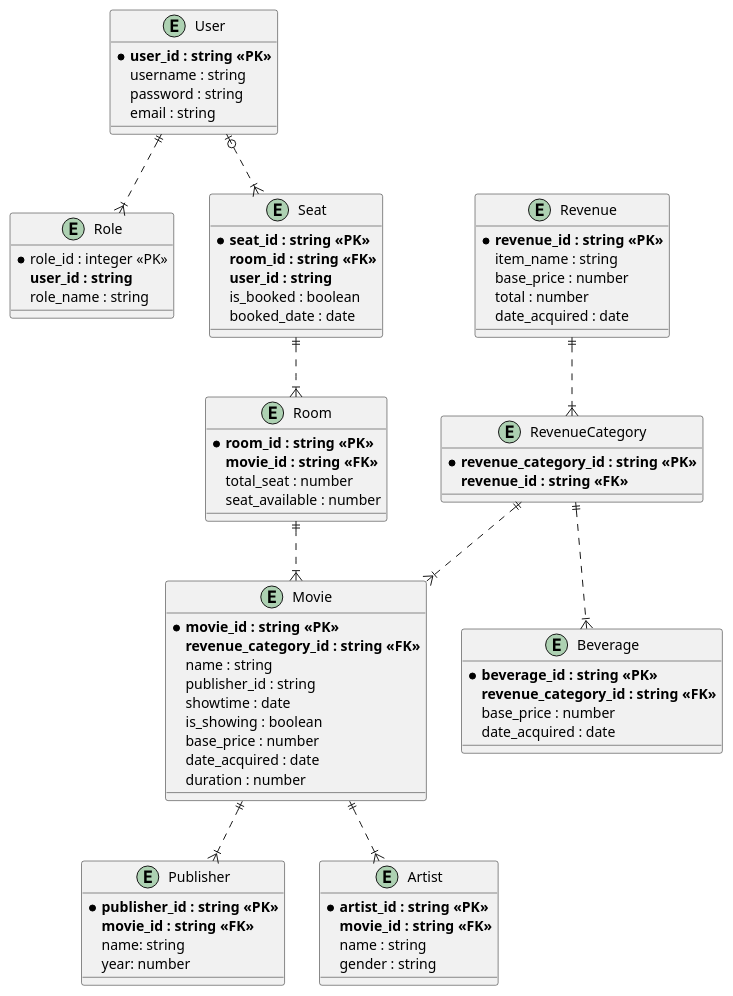
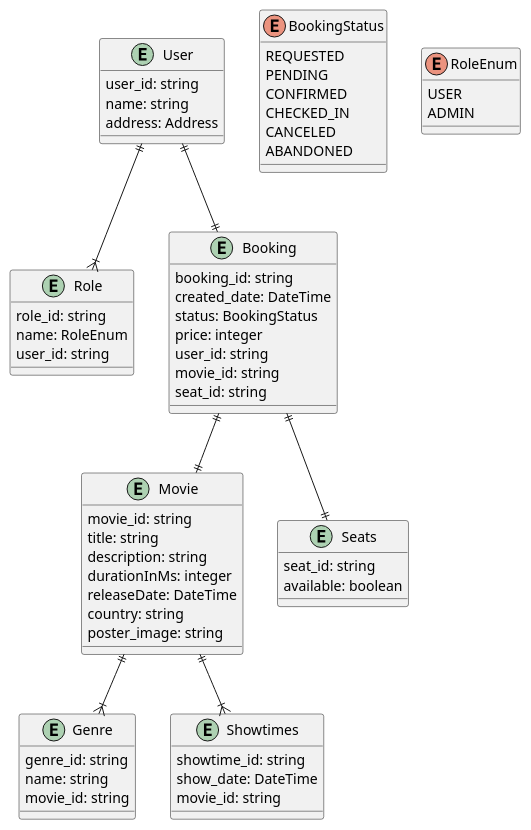
Before and after one commit to putra4648/movie-rsvp-ticket: the diagram in diagram.wsd, drawn with PlantUML. The commit also changed 2 other files, not shown here.

Commit message:
docs: update diagram flow

```diff
--- a/diagram.wsd
+++ b/diagram.wsd
@@ -1,87 +1,73 @@
 @startuml Movie_Reservation_System
-entity "User" {
-    * **user_id : string <<PK>>**
-    username : string
-    password : string
-    email : string
+entity User {
+    user_id: string
+    name: string
+    address: Address
 }
 
-entity "Role" {
-    * role_id : integer <<PK>>
-    **user_id : string**
-    role_name : string
-}
-
-entity "Revenue" {
-    * **revenue_id : string <<PK>>**
-    item_name : string
-    base_price : number
-    total : number
-    date_acquired : date
-}
-
-entity RevenueCategory {
-    * **revenue_category_id : string <<PK>>**
-    **revenue_id : string <<FK>>**
+entity Role {
+    role_id: string 
+    name: RoleEnum
+    user_id: string
 }
 
 entity Movie {
-    * **movie_id : string <<PK>>**
-    **revenue_category_id : string <<FK>>**
-    name : string
-    publisher_id : string 
-    showtime : date
-    is_showing : boolean
-    base_price : number
-    date_acquired : date
-    duration : number
+    movie_id: string
+    title: string
+    description: string
+    durationInMs: integer
+    releaseDate: DateTime
+    country: string
+    poster_image: string
 }
 
-entity Publisher {
-    * **publisher_id : string <<PK>>**
-    **movie_id : string <<FK>>**
+
+entity Genre {
+    genre_id: string
     name: string
-    year: number
+    movie_id: string
 }
 
-entity Artist {
-    * **artist_id : string <<PK>>**
-    **movie_id : string <<FK>>**
-    name : string
-    gender : string
+entity Booking {
+    booking_id: string
+    created_date: DateTime
+    status: BookingStatus
+    price: integer
+    user_id: string
+    movie_id: string
+    seat_id: string
 }
 
-entity Beverage {
-    * **beverage_id : string <<PK>>**
-    **revenue_category_id : string <<FK>>**
-    base_price : number
-    date_acquired : date
+entity Seats {
+    seat_id: string
+    available: boolean
 }
 
-entity Room {
-    * **room_id : string <<PK>>**
-    **movie_id : string <<FK>>**
-    total_seat : number
-    seat_available : number
+entity Showtimes {
+    showtime_id: string
+    show_date: DateTime
+    movie_id: string
 }
 
-entity Seat {
-    * **seat_id : string <<PK>>**
-    **room_id : string <<FK>>**
-    **user_id : string**
-    is_booked : boolean
-    booked_date : date
+enum BookingStatus {
+    REQUESTED
+    PENDING
+    CONFIRMED
+    CHECKED_IN
+    CANCELED
+    ABANDONED
+}
+enum RoleEnum {
+    USER
+    ADMIN
 }
 
-' ERD Relationship
-User ||..|{ Role
-Revenue ||..|{ RevenueCategory
-RevenueCategory ||..|{ Movie
-RevenueCategory ||..|{ Beverage
-Room ||..|{ Movie
-User |o..|{ Seat
-Seat ||..|{ Room
-Movie ||..|{ Publisher
-Movie ||..|{ Artist
+Movie ||--|{ Genre
+Movie ||--|{ Showtimes
+User ||--|| Booking
+User ||--|{ Role
+Booking ||--|| Seats
+Booking ||--|| Movie
+
 
 @enduml
```
